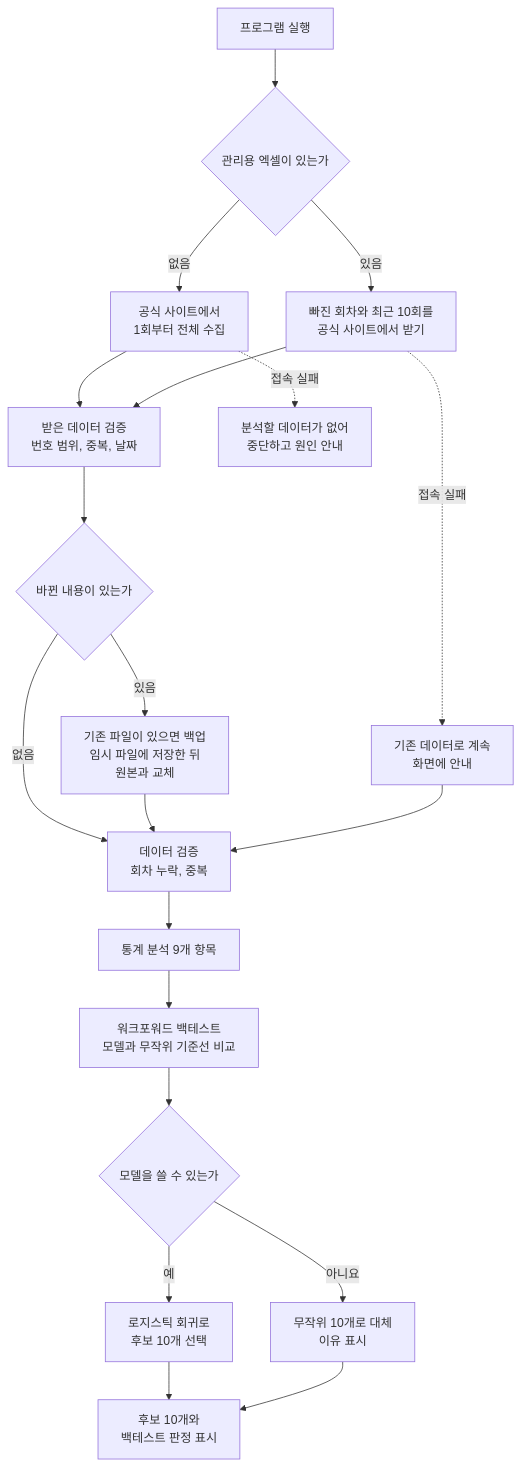
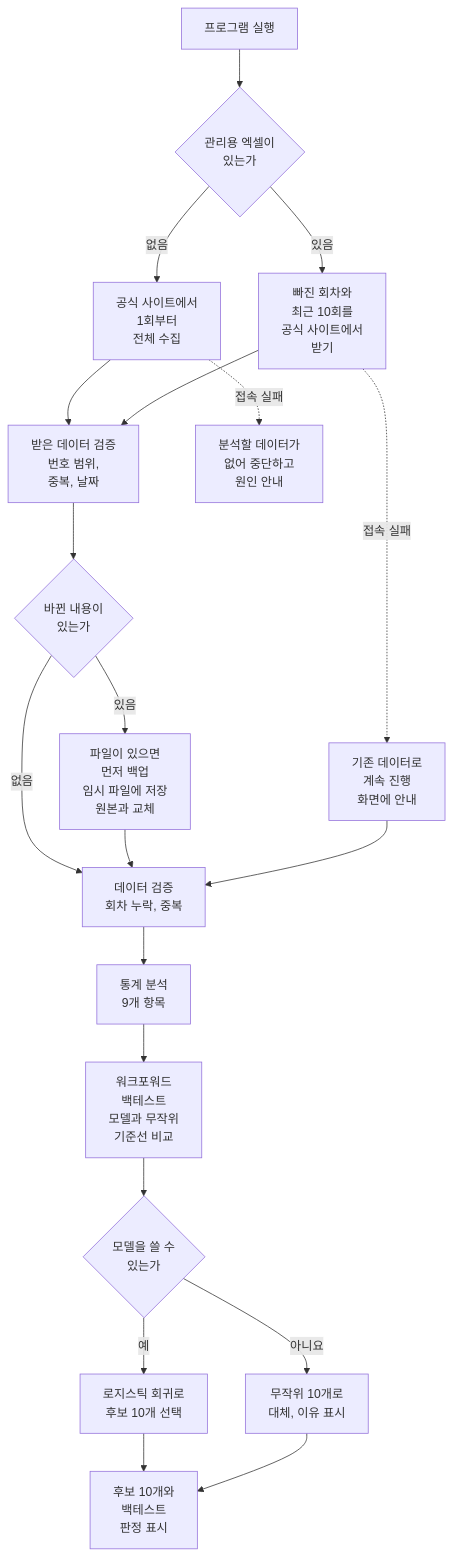
One commit to Bluecode77732/Statistical-Number-Combination-Generator changed the diagram in README.md. Above: the diagram before and after it, drawn with Mermaid. The commit also changed other lines of this file, not shown here.

Commit message:
README 취소선과 흐름도 줄바꿈 바로잡기
GitHub이 "101~1250회"와 "1.2881~"의 물결표 한 쌍을 취소선으로 읽어, 본문의 물결표를 \~로 적었습니다.
GitHub 흐름도가 한글 낱말을 중간에서 끊어, 상자 글을 9자 이하로 직접 나눴습니다.

````diff
--- a/README.md
+++ b/README.md
@@ -44,22 +44,22 @@
 ```mermaid
 flowchart TD
-    A["프로그램 실행"] --> B{"관리용 엑셀이 있는가"}
-    B -- "없음" --> C["공식 사이트에서<br/>1회부터 전체 수집"]
-    B -- "있음" --> D["빠진 회차와 최근 10회를<br/>공식 사이트에서 받기"]
-    C --> E["받은 데이터 검증<br/>번호 범위, 중복, 날짜"]
+    A["프로그램 실행"] --> B{"관리용 엑셀이<br/>있는가"}
+    B -- "없음" --> C["공식 사이트에서<br/>1회부터<br/>전체 수집"]
+    B -- "있음" --> D["빠진 회차와<br/>최근 10회를<br/>공식 사이트에서<br/>받기"]
+    C --> E["받은 데이터 검증<br/>번호 범위,<br/>중복, 날짜"]
     D --> E
-    C -. "접속 실패" .-> X["분석할 데이터가 없어<br/>중단하고 원인 안내"]
-    D -. "접속 실패" .-> W["기존 데이터로 계속<br/>화면에 안내"]
-    E --> F{"바뀐 내용이 있는가"}
-    F -- "있음" --> G["기존 파일이 있으면 백업<br/>임시 파일에 저장한 뒤<br/>원본과 교체"]
+    C -. "접속 실패" .-> X["분석할 데이터가<br/>없어 중단하고<br/>원인 안내"]
+    D -. "접속 실패" .-> W["기존 데이터로<br/>계속 진행<br/>화면에 안내"]
+    E --> F{"바뀐 내용이<br/>있는가"}
+    F -- "있음" --> G["파일이 있으면<br/>먼저 백업<br/>임시 파일에 저장<br/>원본과 교체"]
     F -- "없음" --> H["데이터 검증<br/>회차 누락, 중복"]
     G --> H
     W --> H
-    H --> I["통계 분석 9개 항목"]
-    I --> J["워크포워드 백테스트<br/>모델과 무작위 기준선 비교"]
-    J --> L{"모델을 쓸 수 있는가"}
+    H --> I["통계 분석<br/>9개 항목"]
+    I --> J["워크포워드<br/>백테스트<br/>모델과 무작위<br/>기준선 비교"]
+    J --> L{"모델을 쓸 수<br/>있는가"}
     L -- "예" --> K["로지스틱 회귀로<br/>후보 10개 선택"]
-    L -- "아니요" --> R["무작위 10개로 대체<br/>이유 표시"]
-    K --> Z["후보 10개와<br/>백테스트 판정 표시"]
+    L -- "아니요" --> R["무작위 10개로<br/>대체, 이유 표시"]
+    K --> Z["후보 10개와<br/>백테스트<br/>판정 표시"]
     R --> Z
 ```
````
